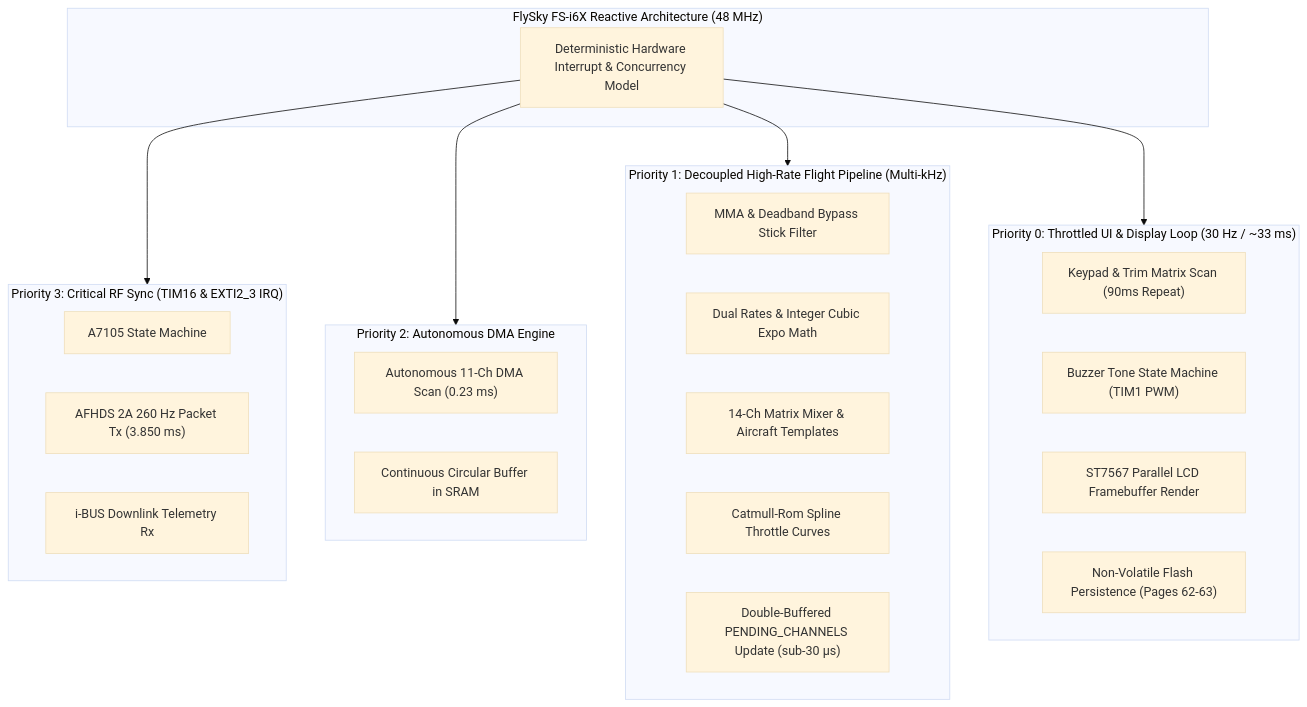
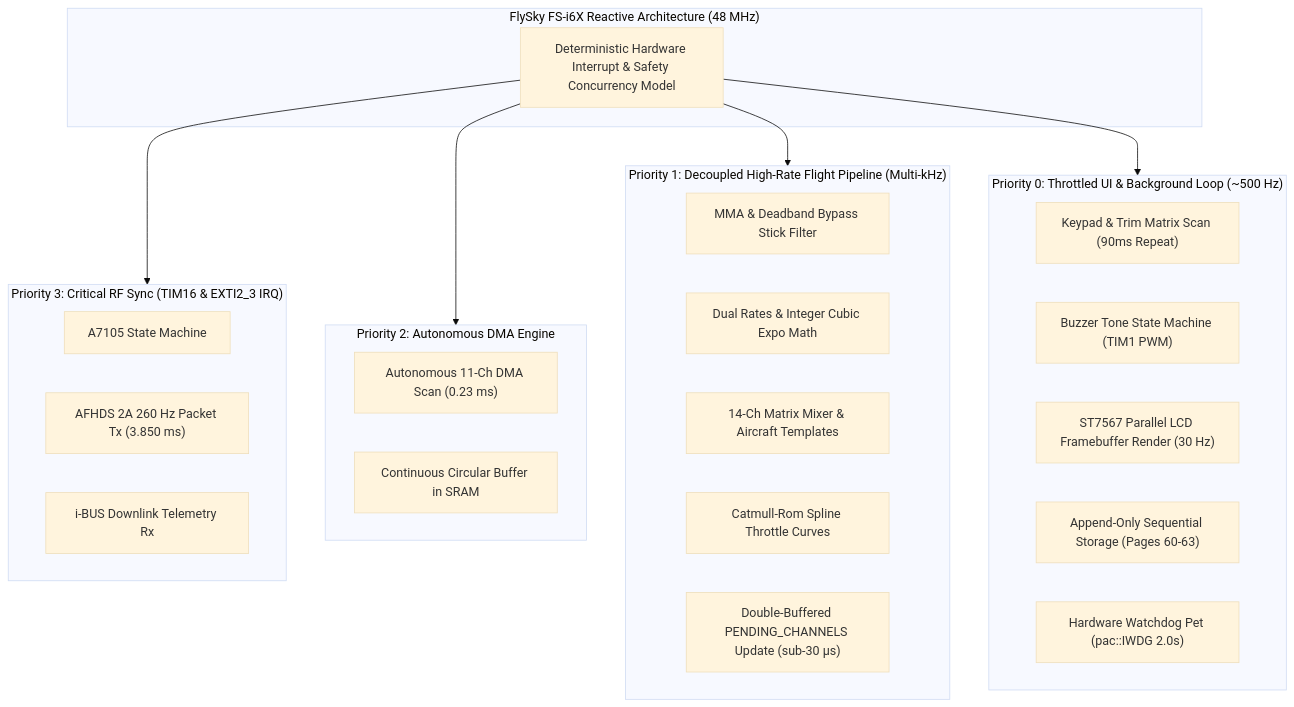
The diagram in README.md (ferrox-rc/flysky-i6x-rs), drawn with Mermaid (base theme) before and after one commit. The commit also changed other lines of this file, not shown here.

Commit message:
docs: update README with phases 14-21 and roadmap to match dev

````diff
--- a/README.md
+++ b/README.md
@@ -58,37 +60,38 @@
 ```mermaid
 flowchart TD
     subgraph Core ["FlySky FS-i6X Reactive Architecture (48 MHz)"]
-        SCHED["Deterministic Hardware Interrupt & Concurrency Model"]
+        SCHED["Deterministic Hardware Interrupt & Safety Concurrency Model"]
     end
 
     subgraph P3 ["Priority 3: Critical RF Sync (TIM16 & EXTI2_3 IRQ)"]
         RF1["A7105 State Machine"]
         RF2["AFHDS 2A 260 Hz Packet Tx (3.850 ms)"]
         RF3["i-BUS Downlink Telemetry Rx"]
     end
 
     subgraph P2 ["Priority 2: Autonomous DMA Engine"]
         ADC1["Autonomous 11-Ch DMA Scan (0.23 ms)"]
         ADC2["Continuous Circular Buffer in SRAM"]
     end
 
     subgraph P1 ["Priority 1: Decoupled High-Rate Flight Pipeline (Multi-kHz)"]
         FL1["MMA & Deadband Bypass Stick Filter"]
         FL2["Dual Rates & Integer Cubic Expo Math"]
         FL3["14-Ch Matrix Mixer & Aircraft Templates"]
         FL4["Catmull-Rom Spline Throttle Curves"]
         FL5["Double-Buffered PENDING_CHANNELS Update (sub-30 µs)"]
     end
 
-    subgraph P0 ["Priority 0: Throttled UI & Display Loop (30 Hz / ~33 ms)"]
+    subgraph P0 ["Priority 0: Throttled UI & Background Loop (~500 Hz)"]
         UI1["Keypad & Trim Matrix Scan (90ms Repeat)"]
         UI2["Buzzer Tone State Machine (TIM1 PWM)"]
-        UI3["ST7567 Parallel LCD Framebuffer Render"]
-        UI4["Non-Volatile Flash Persistence (Pages 62-63)"]
+        UI3["ST7567 Parallel LCD Framebuffer Render (30 Hz)"]
+        UI4["Append-Only Sequential Storage (Pages 60-63)"]
+        UI5["Hardware Watchdog Pet (pac::IWDG 2.0s)"]
     end
 
     SCHED --> P3
     SCHED --> P2
     SCHED --> P1
     SCHED --> P0
 ```
````
